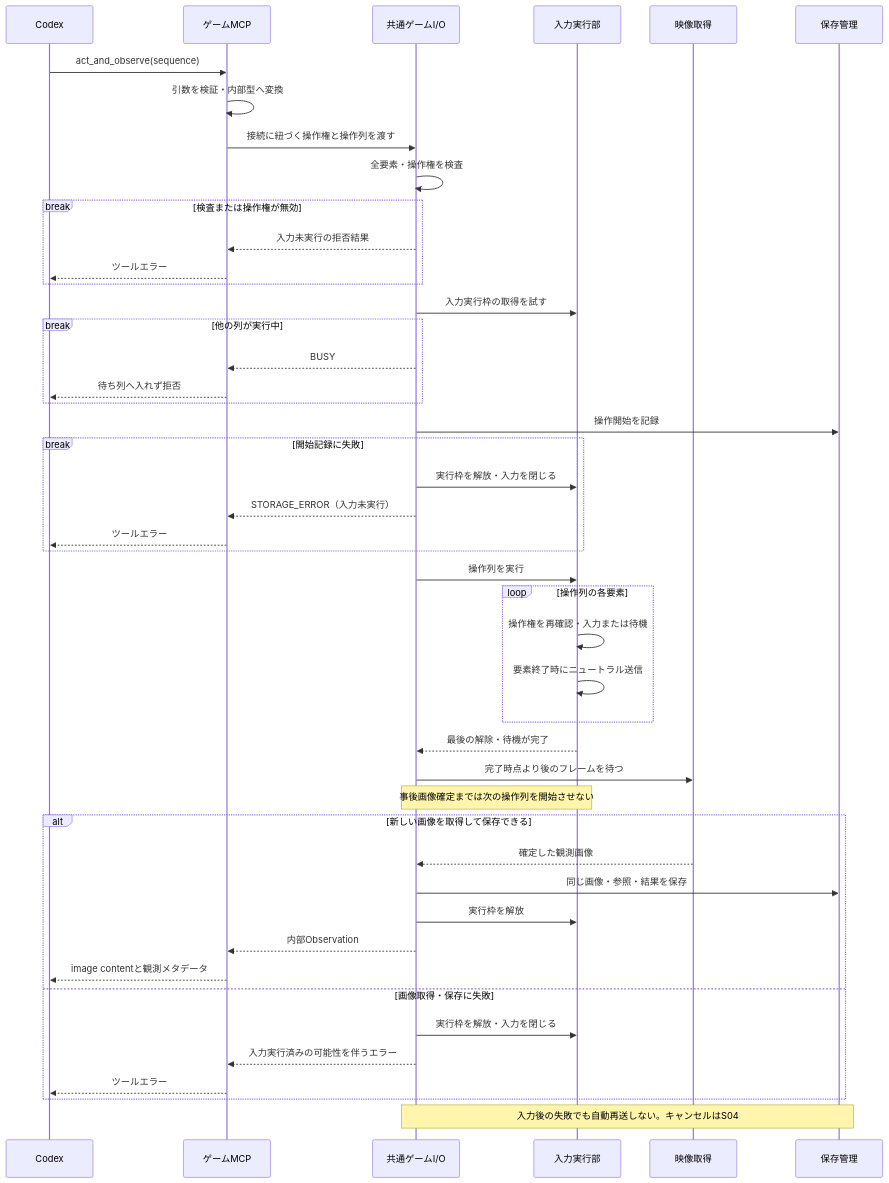
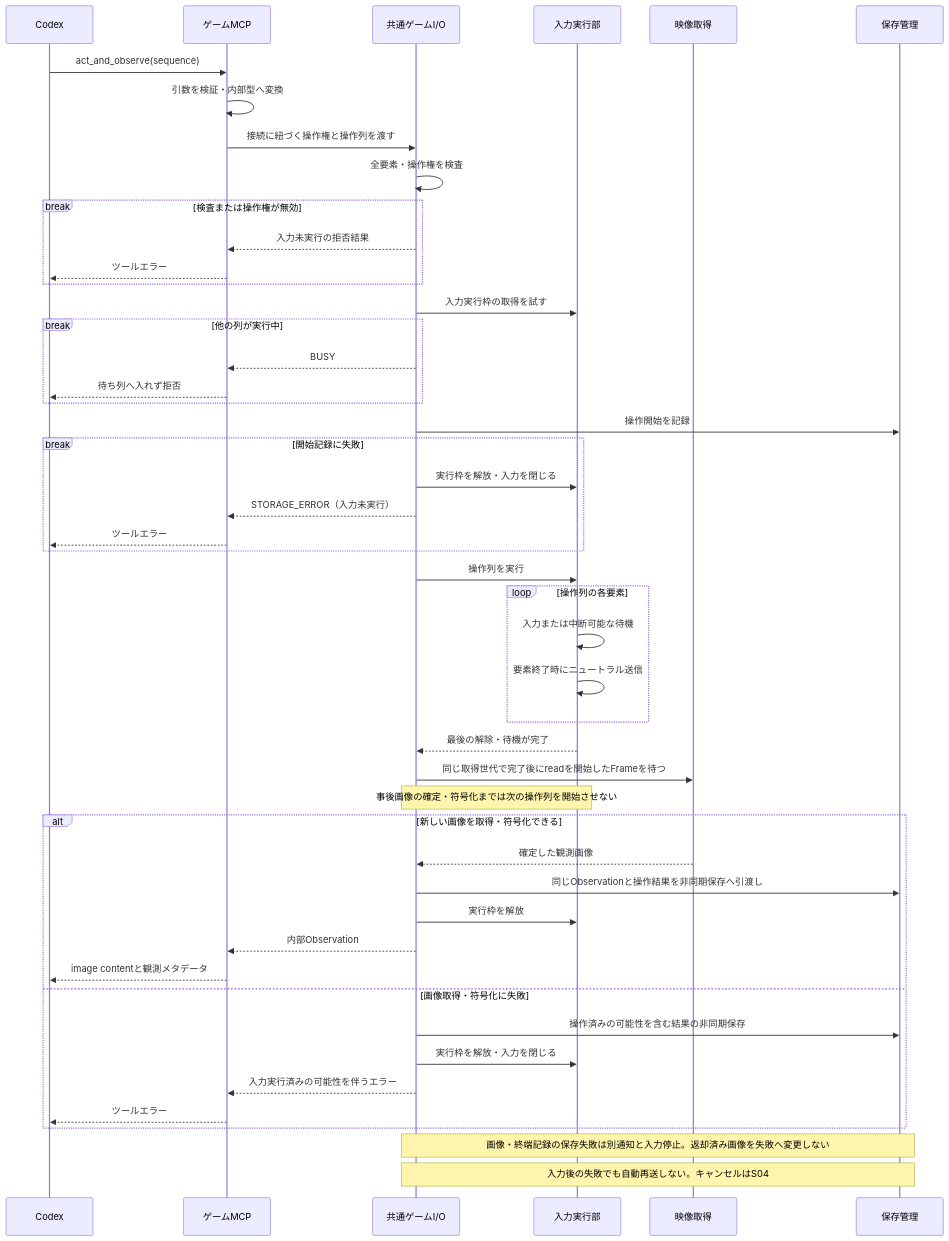
The third of 8 diagrams in spec/initial/09-control-flows.md (niart120/Project_Gigas), drawn with Mermaid before and after one commit. The commit also changed other lines of this file and 18 other files, not shown here.

````diff
--- a/spec/initial/09-control-flows.md
+++ b/spec/initial/09-control-flows.md
@@ -122,48 +122,50 @@
 ```mermaid
 sequenceDiagram
     participant R as Codex
     participant M as ゲームMCP
     participant G as 共通ゲームI/O
     participant I as 入力実行部
     participant V as 映像取得
     participant D as 保存管理
     R->>M: act_and_observe(sequence)
     M->>M: 引数を検証・内部型へ変換
     M->>G: 接続に紐づく操作権と操作列を渡す
     G->>G: 全要素・操作権を検査
     break 検査または操作権が無効
         G-->>M: 入力未実行の拒否結果
         M-->>R: ツールエラー
     end
     G->>I: 入力実行枠の取得を試す
     break 他の列が実行中
         G-->>M: BUSY
         M-->>R: 待ち列へ入れず拒否
     end
     G->>D: 操作開始を記録
     break 開始記録に失敗
         G->>I: 実行枠を解放・入力を閉じる
         G-->>M: STORAGE_ERROR（入力未実行）
         M-->>R: ツールエラー
     end
     G->>I: 操作列を実行
     loop 操作列の各要素
-        I->>I: 操作権を再確認・入力または待機
+        I->>I: 入力または中断可能な待機
         I->>I: 要素終了時にニュートラル送信
     end
     I-->>G: 最後の解除・待機が完了
-    G->>V: 完了時点より後のフレームを待つ
-    Note over G,I: 事後画像確定までは次の操作列を開始させない
-    alt 新しい画像を取得して保存できる
+    G->>V: 同じ取得世代で完了後にreadを開始したFrameを待つ
+    Note over G,I: 事後画像の確定・符号化までは次の操作列を開始させない
+    alt 新しい画像を取得・符号化できる
         V-->>G: 確定した観測画像
-        G->>D: 同じ画像・参照・結果を保存
+        G->>D: 同じObservationと操作結果を非同期保存へ引渡し
         G->>I: 実行枠を解放
         G-->>M: 内部Observation
         M-->>R: image contentと観測メタデータ
-    else 画像取得・保存に失敗
+    else 画像取得・符号化に失敗
+        G->>D: 操作済みの可能性を含む結果の非同期保存
         G->>I: 実行枠を解放・入力を閉じる
         G-->>M: 入力実行済みの可能性を伴うエラー
         M-->>R: ツールエラー
     end
+    Note over G,D: 画像・終端記録の保存失敗は別通知と入力停止。返却済み画像を失敗へ変更しない
     Note over G,D: 入力後の失敗でも自動再送しない。キャンセルはS04
 ```
````
